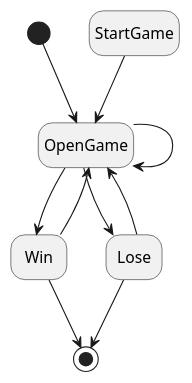
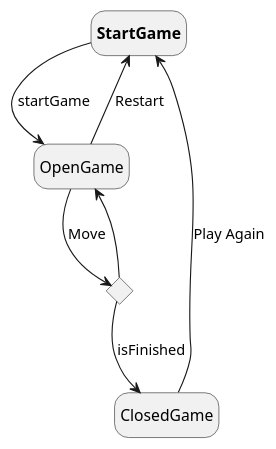
Before and after one commit to Troteaga/klondike: the diagram in docs/StateDiagram.plantuml, drawn with PlantUML. The commit also changed 3 other files, not shown here.

```diff
--- a/docs/StateDiagram.plantuml
+++ b/docs/StateDiagram.plantuml
@@ -1,12 +1,13 @@
 @startuml
 hide empty description
-[*] --> OpenGame
-StartGame--> OpenGame
-OpenGame --> OpenGame
-OpenGame --> Win
-OpenGame --> Lose
-Win --> [*]
-Lose --> [*]
-Win --> OpenGame
-Lose --> OpenGame
+
+state "**StartGame**" as StartGame_origin
+state a <<choice>> 
+
+StartGame_origin -down-> OpenGame: startGame
+OpenGame -down-> a : Move
+a --> ClosedGame : isFinished
+a --> OpenGame
+OpenGame --> StartGame_origin : Restart
+ClosedGame -up-> StartGame_origin : Play Again
 @enduml
```
